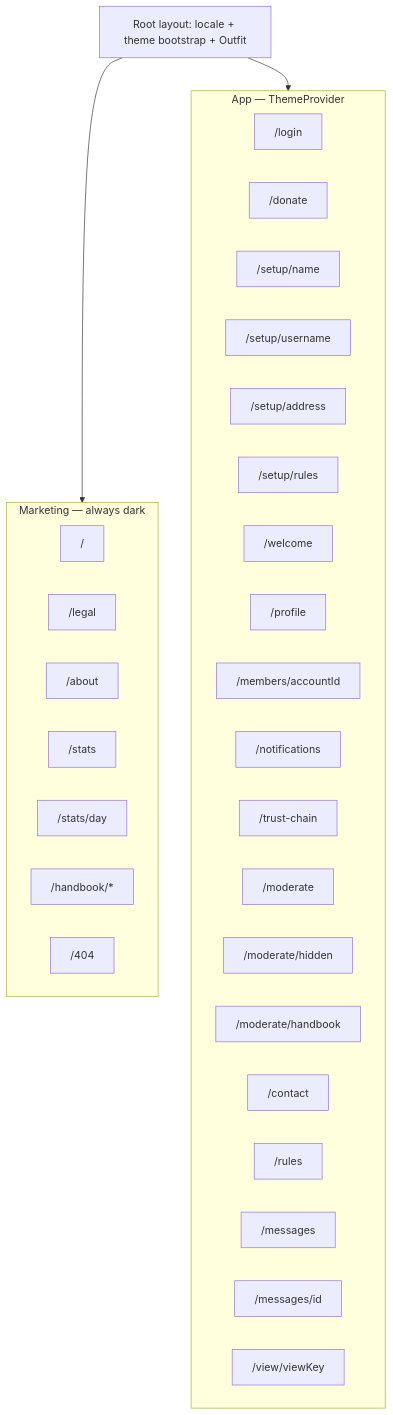
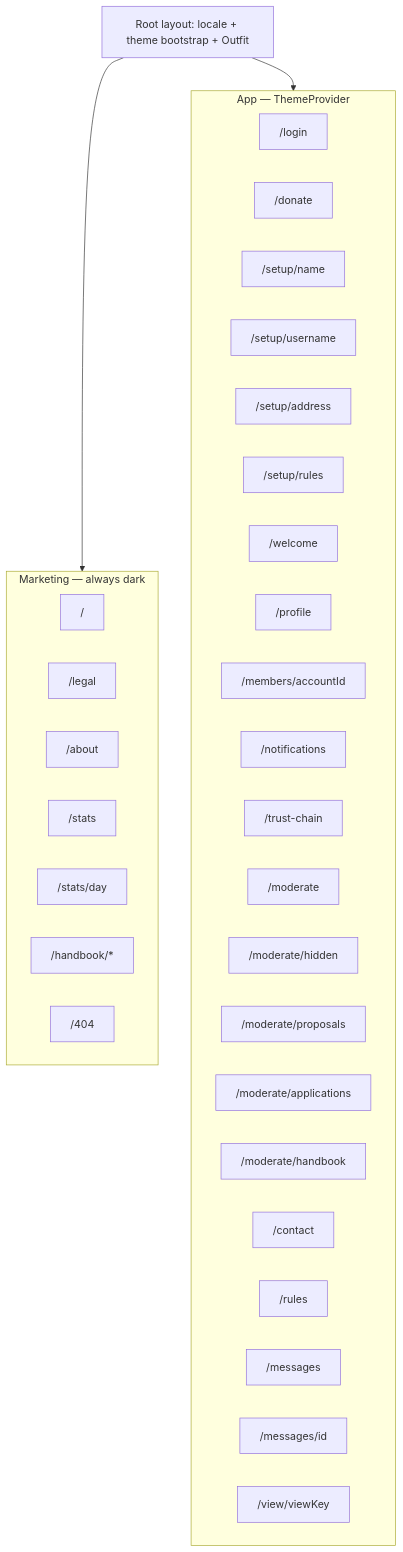
Before and after one commit to 21gifts/app: the second of 3 diagrams in docs/ui.md, drawn with Mermaid. The commit also changed other lines of this file and 94 other files, not shown here.

````diff
--- a/docs/ui.md
+++ b/docs/ui.md
@@ -337,36 +337,38 @@
 ```mermaid
 flowchart TB
   subgraph mkt [Marketing — always dark]
     R["/"]
     L["/legal"]
     A["/about"]
     S["/stats"]
     SD["/stats/day"]
     H["/handbook/*"]
     F["/404"]
   end
   subgraph app [App — ThemeProvider]
     LI["/login"]
     DO["/donate"]
     SN["/setup/name"]
     SU["/setup/username"]
     SA["/setup/address"]
     SR["/setup/rules"]
     W["/welcome"]
     P["/profile"]
     MEM["/members/accountId"]
     N["/notifications"]
     TC["/trust-chain"]
     MO["/moderate"]
     MOH["/moderate/hidden"]
+    MOP["/moderate/proposals"]
+    MOA["/moderate/applications"]
     MOHB["/moderate/handbook"]
     C["/contact"]
     RU["/rules"]
     IN["/messages"]
     MID["/messages/id"]
     V["/view/viewKey"]
   end
   root[Root layout: locale + theme bootstrap + Outfit]
   root --> mkt
   root --> app
 ```
````
